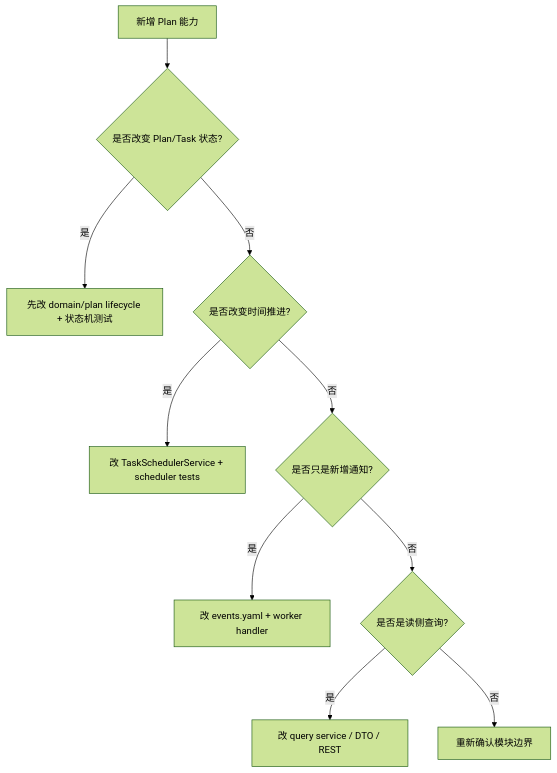
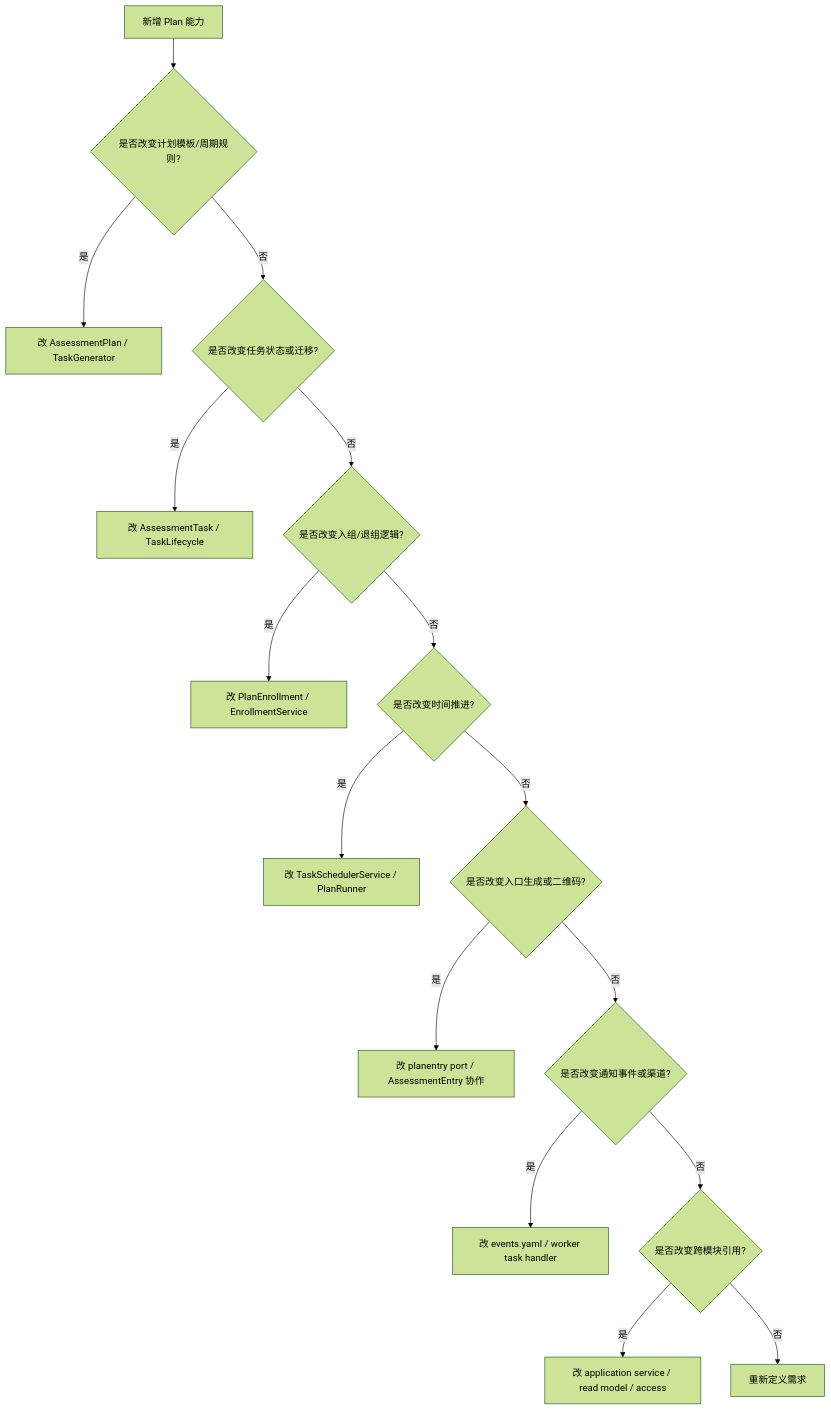
Before and after one commit to FangcunMount/qs-server: the diagram in docs/02-业务模块/plan/04-新增计划能力SOP.md, drawn with Mermaid (forest theme). The commit also changed other lines of this file and 5 other files, not shown here.

````diff
--- a/docs/02-业务模块/plan/04-新增计划能力SOP.md
+++ b/docs/02-业务模块/plan/04-新增计划能力SOP.md
@@ -34,12 +62,18 @@
 ```mermaid
 flowchart TD
-    start["新增 Plan 能力"] --> state{"是否改变 Plan/Task 状态?"}
-    state -- 是 --> lifecycle["先改 domain/plan lifecycle + 状态机测试"]
-    state -- 否 --> schedule{"是否改变时间推进?"}
-    schedule -- 是 --> scheduler["改 TaskSchedulerService + scheduler tests"]
-    schedule -- 否 --> event{"是否只是新增通知?"}
-    event -- 是 --> events["改 events.yaml + worker handler"]
-    event -- 否 --> query{"是否是读侧查询?"}
-    query -- 是 --> app["改 query service / DTO / REST"]
-    query -- 否 --> boundary["重新确认模块边界"]
+    start["新增 Plan 能力"] --> planRule{"是否改变计划模板/周期规则?"}
+    planRule -- 是 --> planDomain["改 AssessmentPlan / TaskGenerator"]
+    planRule -- 否 --> taskState{"是否改变任务状态或迁移?"}
+    taskState -- 是 --> taskDomain["改 AssessmentTask / TaskLifecycle"]
+    taskState -- 否 --> enroll{"是否改变入组/退组逻辑?"}
+    enroll -- 是 --> enrollment["改 PlanEnrollment / EnrollmentService"]
+    enroll -- 否 --> schedule{"是否改变时间推进?"}
+    schedule -- 是 --> scheduler["改 TaskSchedulerService / PlanRunner"]
+    schedule -- 否 --> entry{"是否改变入口生成或二维码?"}
+    entry -- 是 --> entryPort["改 planentry port / AssessmentEntry 协作"]
+    entry -- 否 --> notify{"是否改变通知事件或渠道?"}
+    notify -- 是 --> event["改 events.yaml / worker task handler"]
+    notify -- 否 --> cross{"是否改变跨模块引用?"}
+    cross -- 是 --> app["改 application service / read model / access"]
+    cross -- 否 --> review["重新定义需求"]
 ```
````
